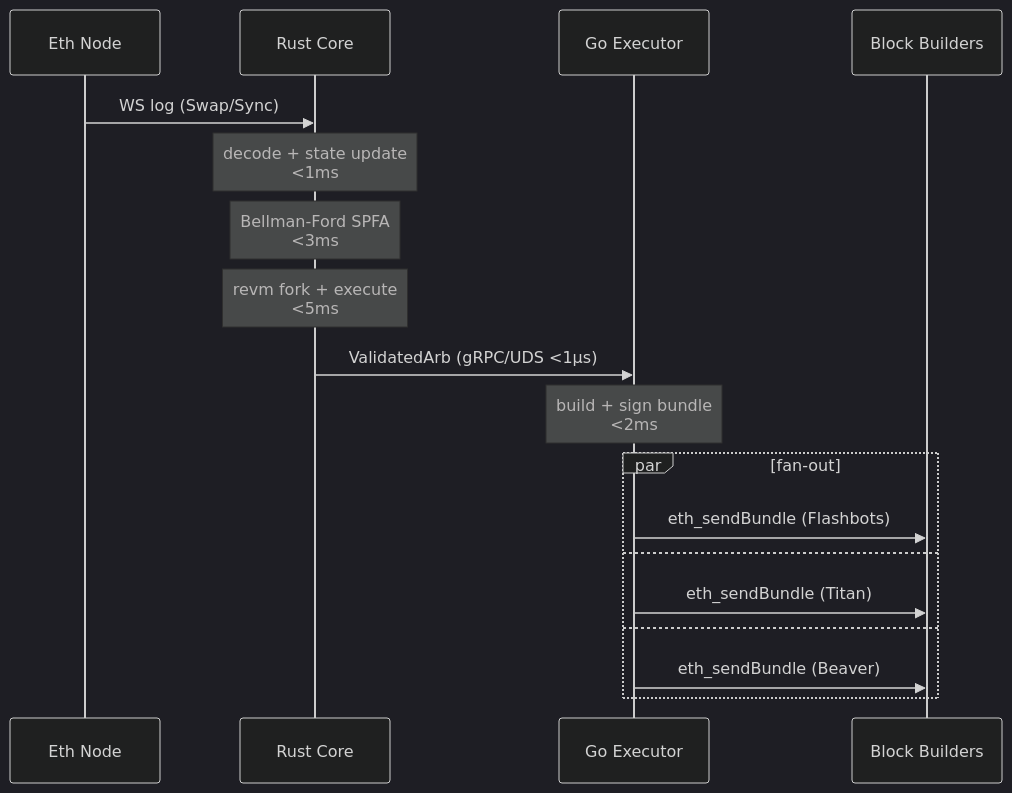
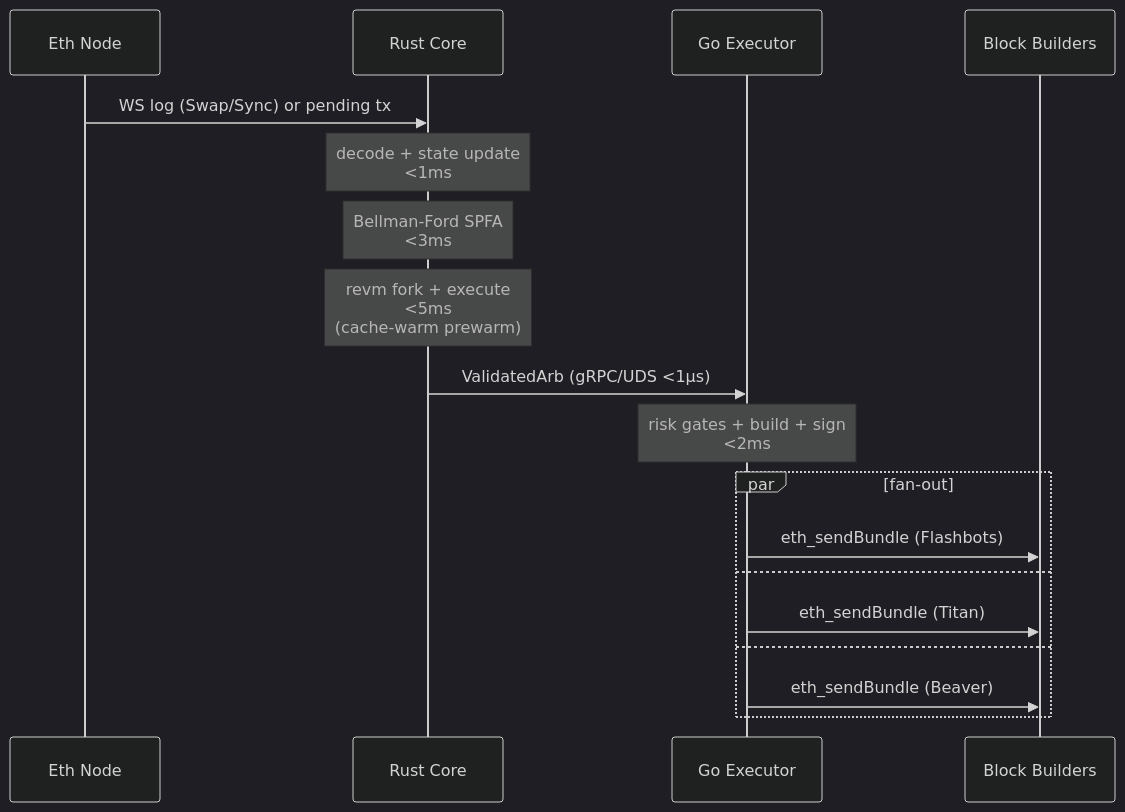
One commit to Pablosinyores/aether changed the second of 3 diagrams in README.md. Above: the diagram before and after it, drawn with Mermaid (dark theme). The commit also changed other lines of this file, not shown here.

First line of the commit message:
docs(readme): refresh for mempool backrun, decoder coverage, cache tier

````diff
--- a/README.md
+++ b/README.md
@@ -67,21 +93,21 @@
 ```mermaid
 sequenceDiagram
     participant Node as Eth Node
     participant Rust as Rust Core
     participant Go as Go Executor
     participant B as Block Builders
 
-    Node->>Rust: WS log (Swap/Sync)
+    Node->>Rust: WS log (Swap/Sync) or pending tx
     Note over Rust: decode + state update<br/><1ms
     Note over Rust: Bellman-Ford SPFA<br/><3ms
-    Note over Rust: revm fork + execute<br/><5ms
+    Note over Rust: revm fork + execute<br/><5ms<br/>(cache-warm prewarm)
     Rust->>Go: ValidatedArb (gRPC/UDS <1μs)
-    Note over Go: build + sign bundle<br/><2ms
+    Note over Go: risk gates + build + sign<br/><2ms
     par fan-out
         Go->>B: eth_sendBundle (Flashbots)
     and
         Go->>B: eth_sendBundle (Titan)
     and
         Go->>B: eth_sendBundle (Beaver)
     end
 ```
````
